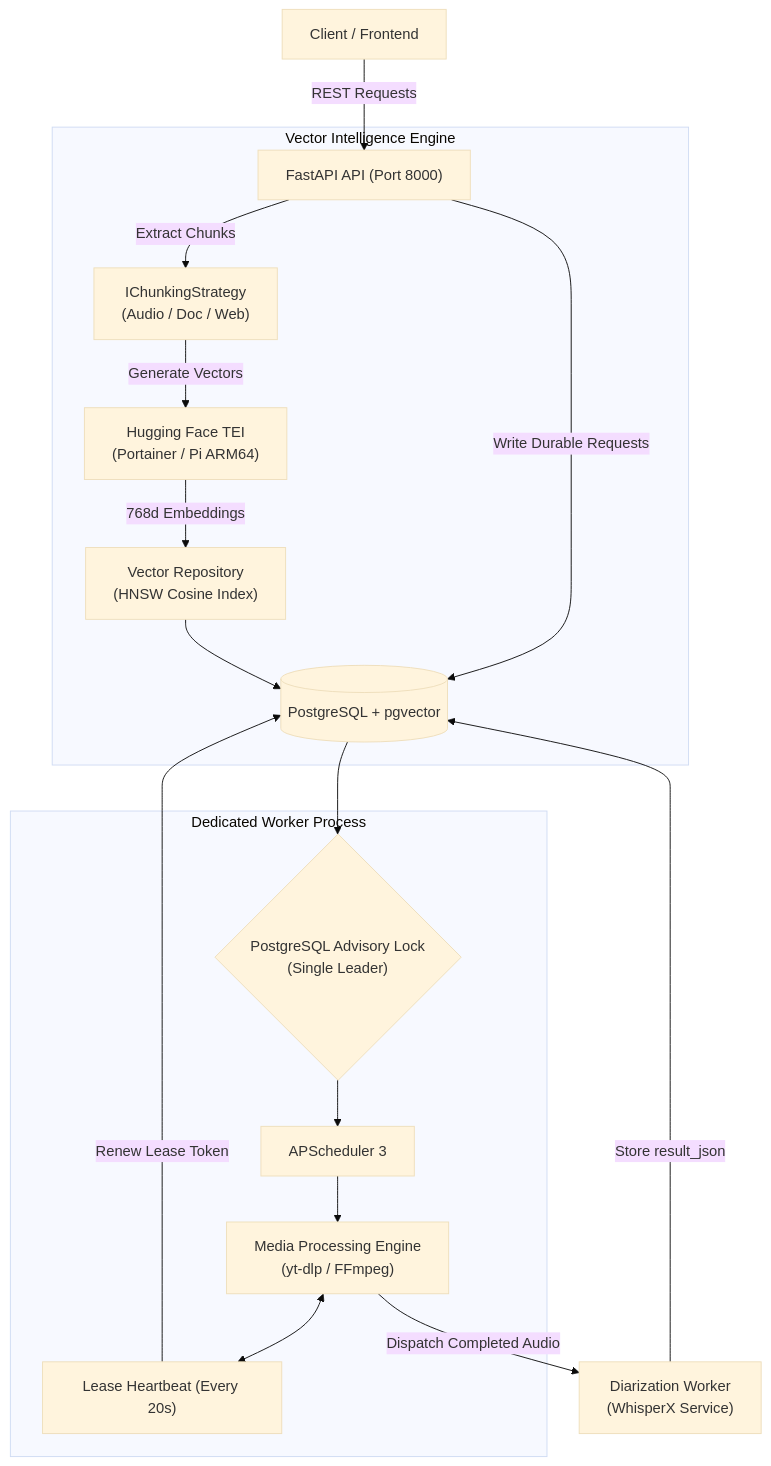
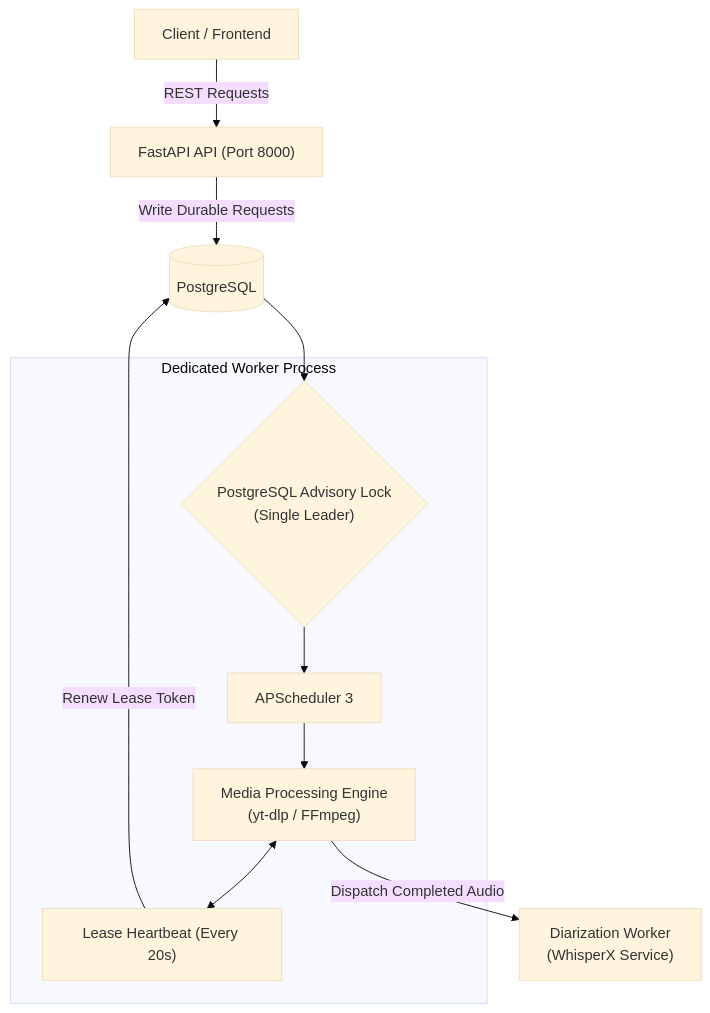
One commit to ericksonlopes/SignalCatcher changed the first of 2 diagrams in README.md. Above: the diagram before and after it, drawn with Mermaid (base theme). The commit also changed other lines of this file and 74 other files, not shown here.

````diff
--- a/README.md
+++ b/README.md
@@ -115,27 +96,19 @@
 ```mermaid
 flowchart TD
     Client["Client / Frontend"] -->|REST Requests| API["FastAPI API (Port 8000)"]
-    API -->|Write Durable Requests| DB[("PostgreSQL + pgvector")]
+    API -->|Write Durable Requests| DB[("PostgreSQL")]
     
     subgraph WorkerProcess ["Dedicated Worker Process"]
         Lock{"PostgreSQL Advisory Lock\n(Single Leader)"}
         Scheduler["APScheduler 3"]
         Runner["Media Processing Engine\n(yt-dlp / FFmpeg)"]
         Heartbeat["Lease Heartbeat (Every 20s)"]
     end
     
     DB --> Lock
     Lock --> Scheduler
     Scheduler --> Runner
     Runner <--> Heartbeat
     Heartbeat -->|Renew Lease Token| DB
     Runner -->|Dispatch Completed Audio| Diarization["Diarization Worker\n(WhisperX Service)"]
-    Diarization -->|Store result_json| DB
-
-    subgraph VectorEngine ["Vector Intelligence Engine"]
-        API -->|Extract Chunks| ChunkStrategy["IChunkingStrategy\n(Audio / Doc / Web)"]
-        ChunkStrategy -->|Generate Vectors| TEI["Hugging Face TEI\n(Portainer / Pi ARM64)"]
-        TEI -->|768d Embeddings| VectorRepo["Vector Repository\n(HNSW Cosine Index)"]
-        VectorRepo --> DB
-    end
 ```
````
